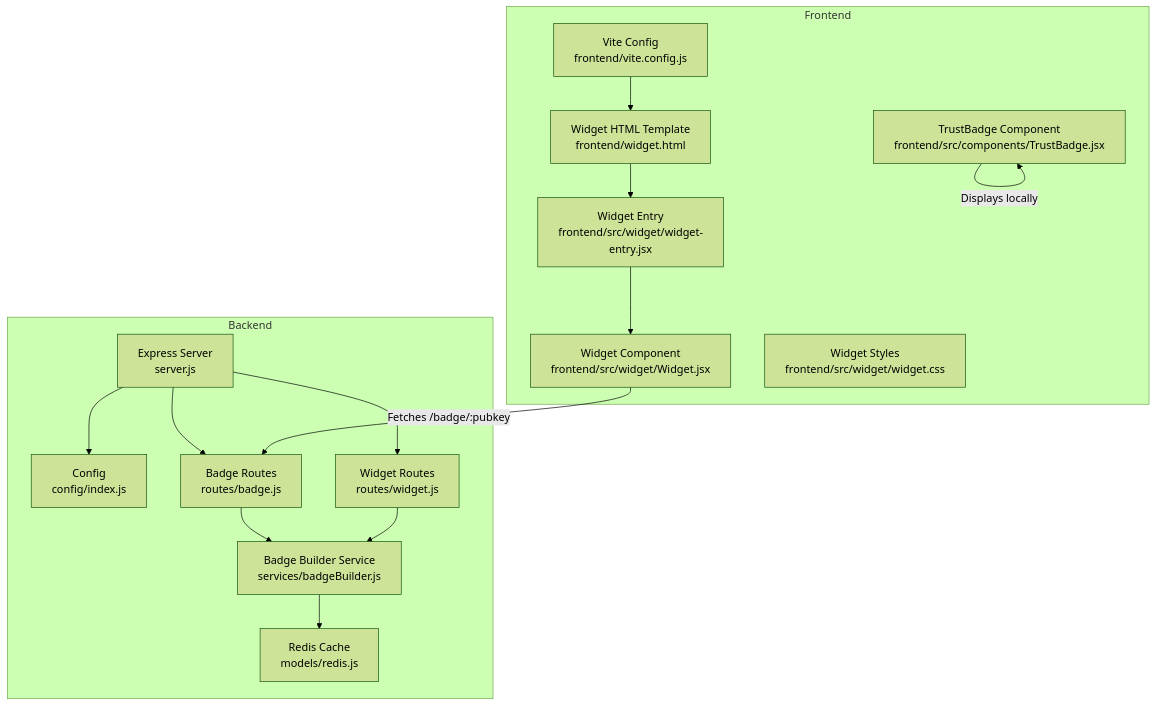
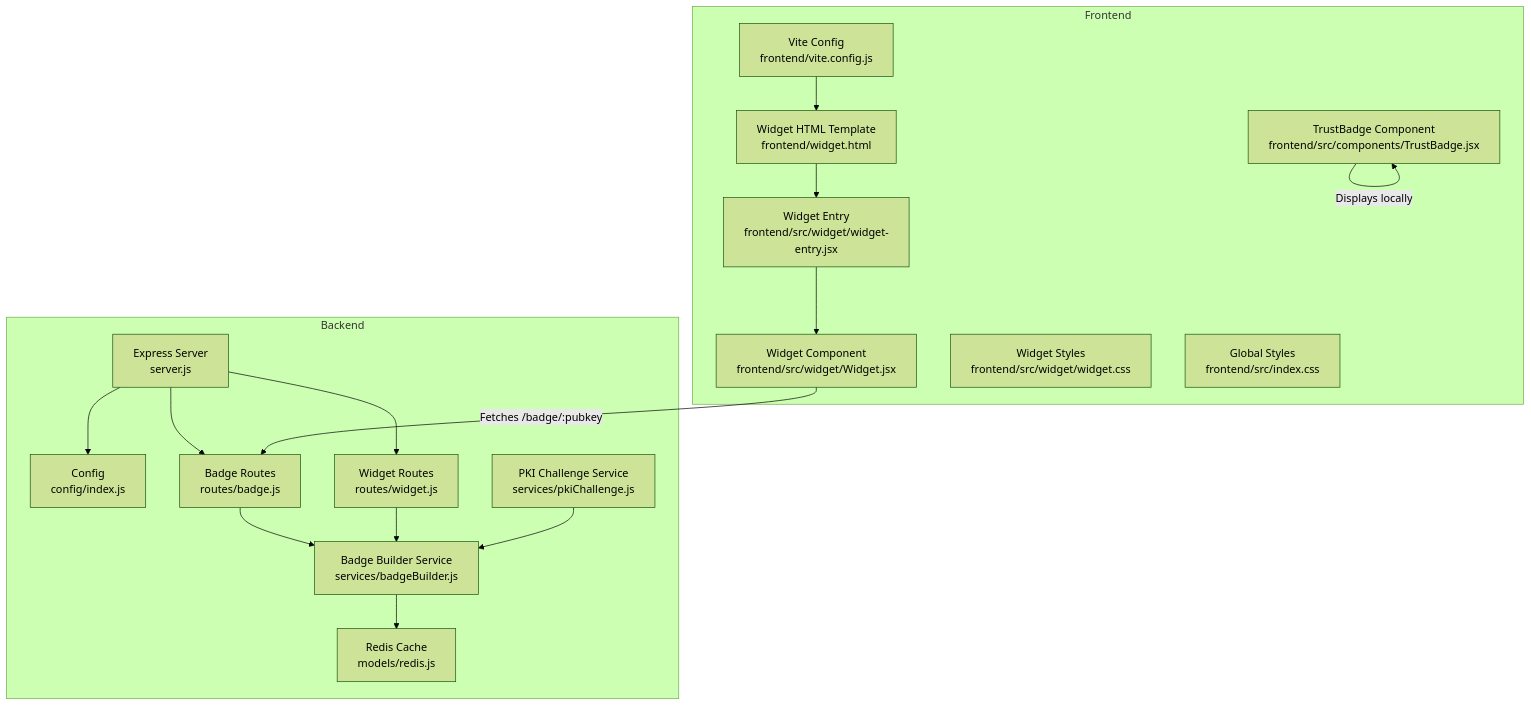
One commit to RunTimeAdmin/AgentID changed the first of 3 diagrams in .qoder/repowiki/en/content/Project Overview/Core Components/Trust Badge API and Widget System.md. Above: the diagram before and after it, drawn with Mermaid (forest theme). The commit also changed other lines of this file and 31 other files, not shown here.

````diff
--- a/.qoder/repowiki/en/content/Project Overview/Core Components/Trust Badge API and Widget System.md
+++ b/.qoder/repowiki/en/content/Project Overview/Core Components/Trust Badge API and Widget System.md
@@ -58,30 +59,33 @@
 ```mermaid
 graph TB
 subgraph "Backend"
 S["Express Server<br/>server.js"]
 CFG["Config<br/>config/index.js"]
 BADGER["Badge Builder Service<br/>services/badgeBuilder.js"]
 REDIS["Redis Cache<br/>models/redis.js"]
 BADGE_ROUTES["Badge Routes<br/>routes/badge.js"]
 WIDGET_ROUTES["Widget Routes<br/>routes/widget.js"]
+PKI["PKI Challenge Service<br/>services/pkiChallenge.js"]
 end
 subgraph "Frontend"
 TB["TrustBadge Component<br/>frontend/src/components/TrustBadge.jsx"]
 WIDGET_ENTRY["Widget Entry<br/>frontend/src/widget/widget-entry.jsx"]
 WIDGET_COMP["Widget Component<br/>frontend/src/widget/Widget.jsx"]
 WIDGET_CSS["Widget Styles<br/>frontend/src/widget/widget.css"]
+INDEX_CSS["Global Styles<br/>frontend/src/index.css"]
 VITE["Vite Config<br/>frontend/vite.config.js"]
 WIDGET_HTML["Widget HTML Template<br/>frontend/widget.html"]
 end
 S --> CFG
 S --> BADGE_ROUTES
 S --> WIDGET_ROUTES
 BADGE_ROUTES --> BADGER
 WIDGET_ROUTES --> BADGER
 BADGER --> REDIS
 TB --> |"Displays locally"| TB
 WIDGET_ENTRY --> WIDGET_COMP
 WIDGET_COMP --> |"Fetches /badge/:pubkey"| BADGE_ROUTES
 VITE --> WIDGET_HTML
 WIDGET_HTML --> WIDGET_ENTRY
+PKI --> BADGER
 ```
````
